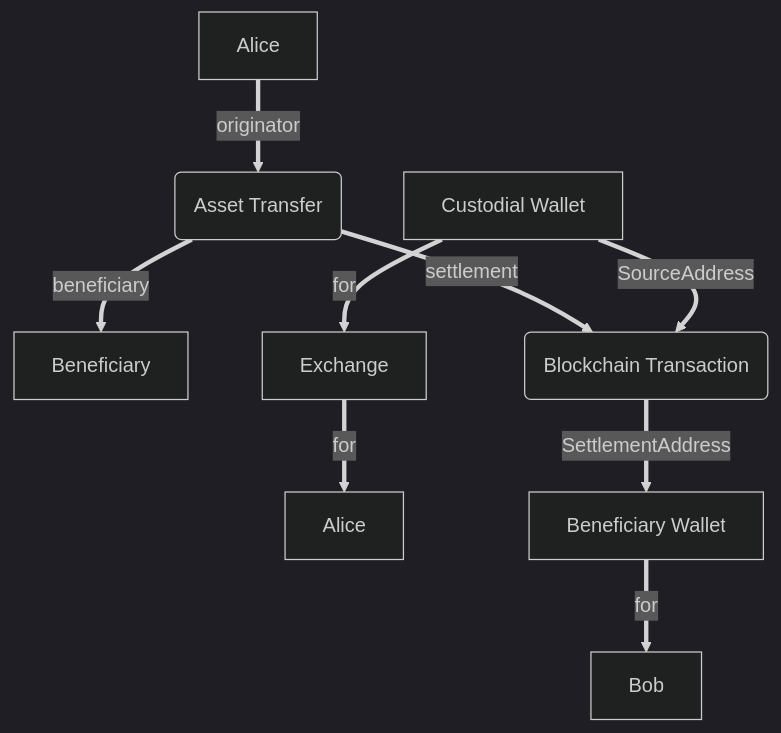
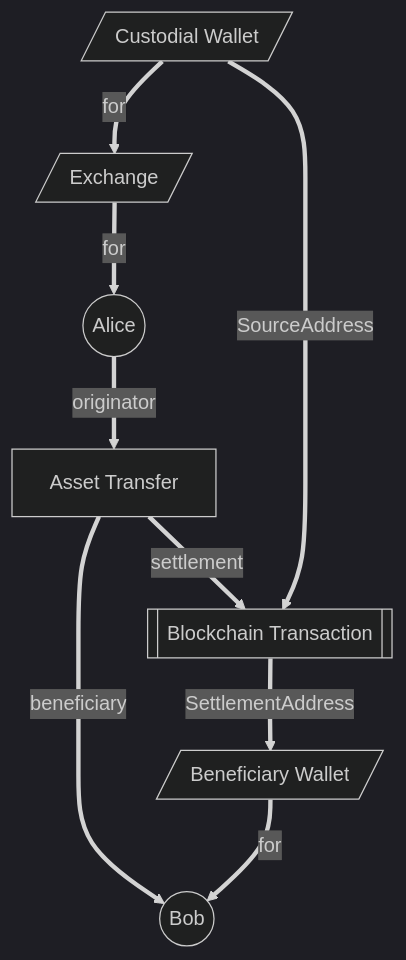
The tenth of 22 diagrams in Whitepaper.md (TransactionAuthorizationProtocol/TAIPs), drawn with Mermaid (dark theme) before and after one commit. The commit also changed other lines of this file, not shown here.

````diff
--- a/Whitepaper.md
+++ b/Whitepaper.md
@@ -392,13 +391,14 @@
 ```mermaid
 graph TD
-    Originator[Alice] ==>|originator| Transfer(Asset Transfer)
-    Transfer ==>|beneficiary| Beneficiary
+    Originator((Alice)) ==>|originator| Transfer[Asset Transfer]
+    Transfer ==>|beneficiary| Beneficiary((Bob))
 
-    OriginatingVASP[Exchange] ==>|for| Alice
-    CustodialWallet[Custodial Wallet] ==>|for| OriginatingVASP
-    Wallet[Self-hosted Wallet] ==>|for| Bob
+    OriginatingVASP[/Exchange/] ==>|for| Originator
+    CustodialWallet[/Custodial Wallet/] ==>|for| OriginatingVASP
+    Wallet[/Self-hosted Wallet/] ==>|for| Beneficiary
 
     Transfer ==>|settlement| Transaction
-    CustodialWallet ==>|SourceAddress| Transaction(Blockchain Transaction)
-    Transaction ==>|SettlementAddress| Wallet[Beneficiary Wallet]
+    CustodialWallet ==>|SourceAddress| Transaction[[Blockchain Transaction]]
+    Transaction ==>|SettlementAddress| Wallet[/Beneficiary Wallet/]
+
 ```
````
